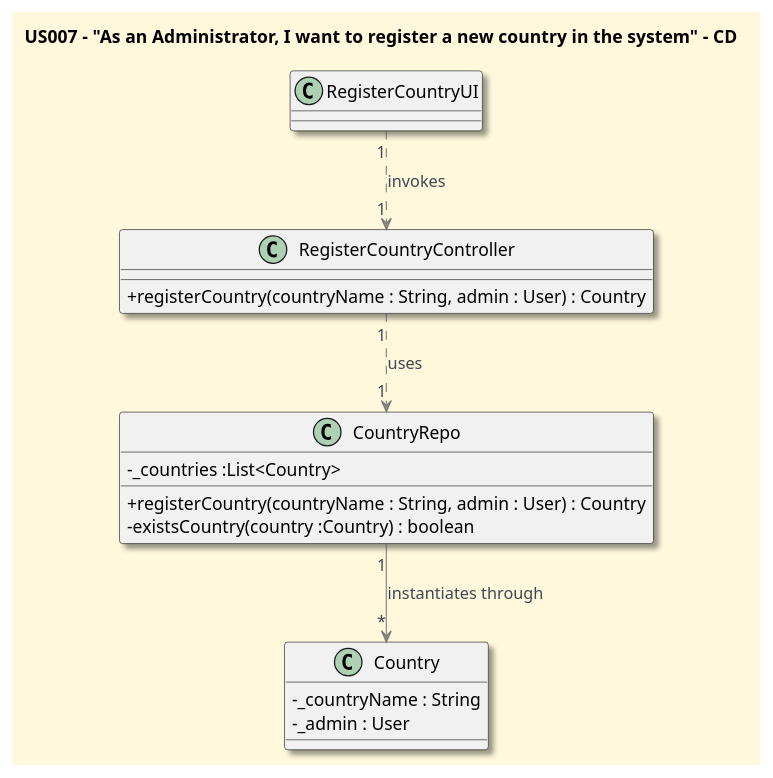
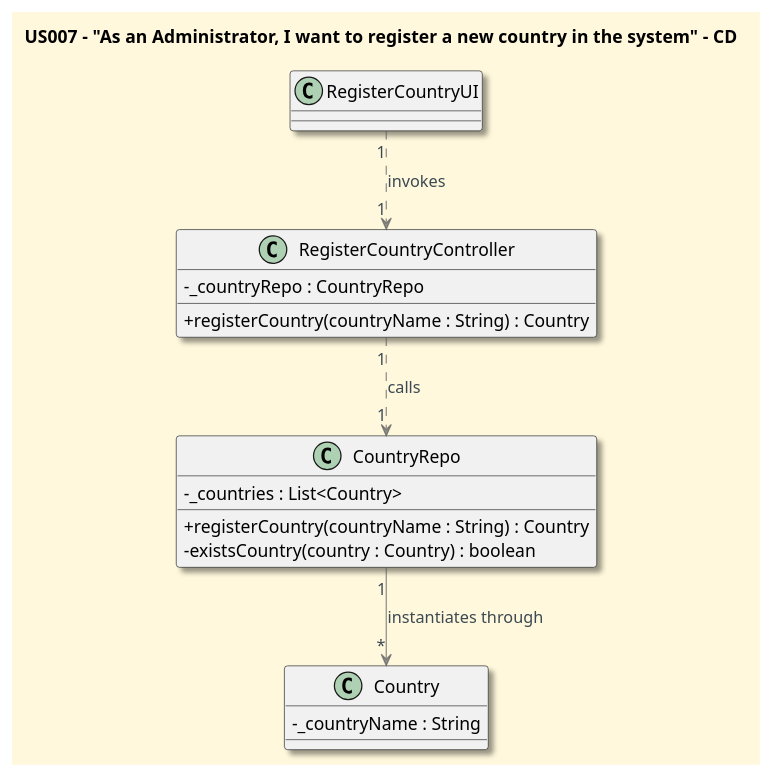
The diagram in docs/userStories/US007/US007_register_a_country_CD.puml (CarolinaLeite-collab/JavaMarketplacePlatform), drawn with PlantUML before and after one commit. The commit also changed 1 other file, not shown here.

```diff
--- a/docs/userStories/US007/US007_register_a_country_CD.puml
+++ b/docs/userStories/US007/US007_register_a_country_CD.puml
@@ -1,40 +1,38 @@
 @startuml
 '==== Title ====
 title US007 - "As an Administrator, I want to register a new country in the system" - CD
 top to bottom direction
 
 '==== basic style ====
 skinparam monochrome false
 skinparam shadowing true
 skinparam defaultFontName Futura
 skinparam objectFontSize 20
 skinparam backgroundColor CornSilk
 skinparam objectBackgroundColor WhiteSmoke
 skinparam noteBackgroundColor #FFFFE0
 skinparam ArrowFontColor #3B4953
 skinparam ArrowColor #57595BAA
 skinparam classAttributeIconSize 0
 
 '==== entities ====
-
 Class Country {
 - _countryName : String
-- _admin : User
 }
 Class CountryRepo {
-- _countries :List<Country>
-+ registerCountry(countryName : String, admin : User) : Country
-- existsCountry(country :Country) : boolean
+- _countries : List<Country>
++ registerCountry(countryName : String) : Country
+- existsCountry(country : Country) : boolean
 }
 Class RegisterCountryController {
-+ registerCountry(countryName : String, admin : User) : Country
+- _countryRepo : CountryRepo
++ registerCountry(countryName : String) : Country
 }
 Class RegisterCountryUI {}
 
 '==== connections ====
-
 CountryRepo "1" --> "*" Country: instantiates through
-RegisterCountryController  "1" ..> "1" CountryRepo: uses
+RegisterCountryController  "1" ..> "1" CountryRepo: calls
 RegisterCountryUI "1" ..> "1" RegisterCountryController: invokes
 
 @enduml
```
